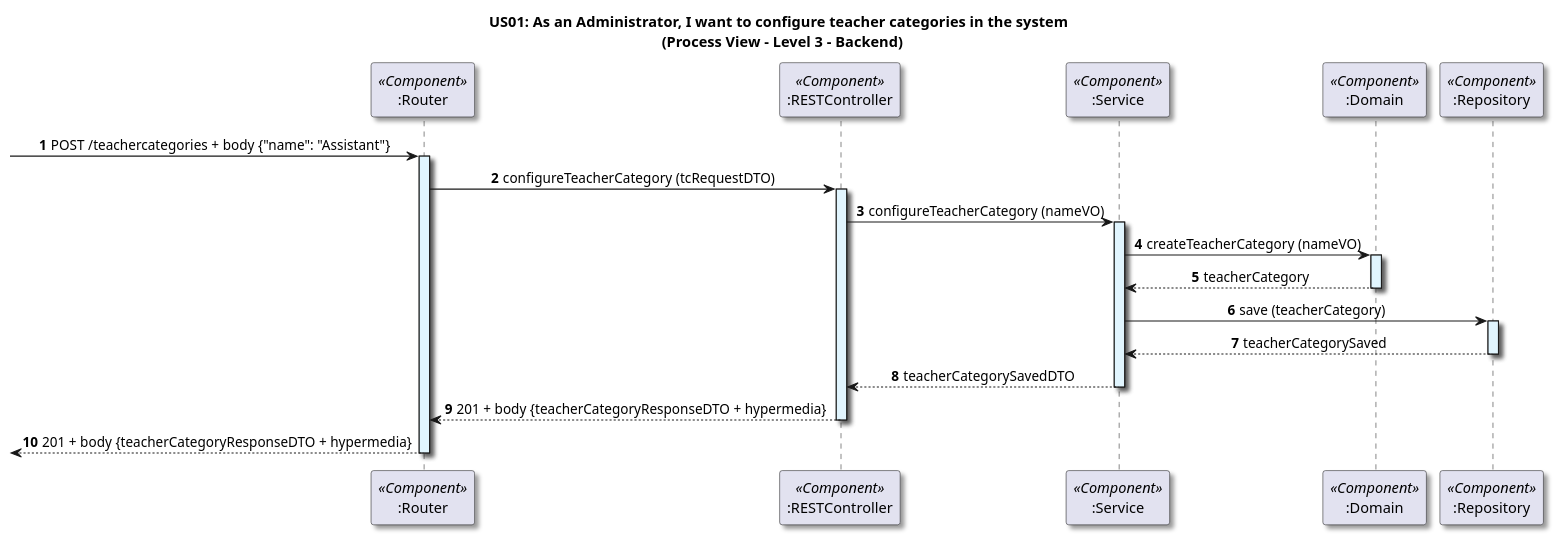
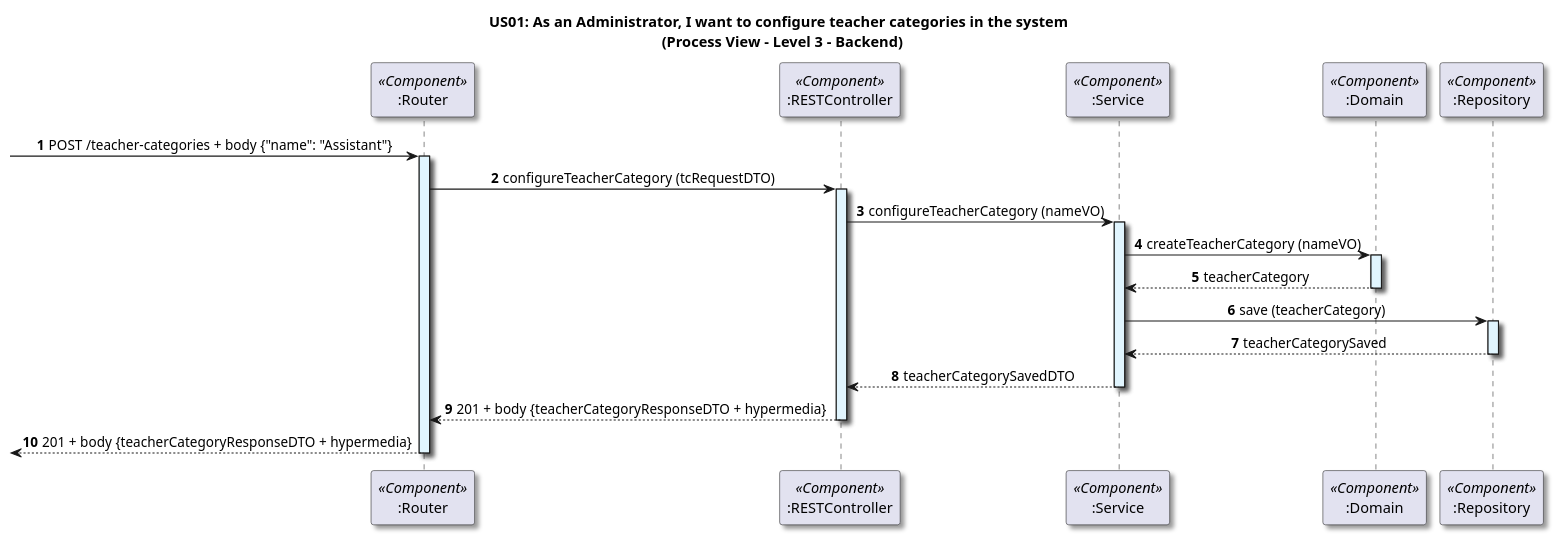
Before and after one commit to GasparISEP/DevOps-PAI: the diagram in docs/US01/Sprint6_RestAPI/ProcessView/Level3.puml, drawn with PlantUML. The commit also changed 3 other files, not shown here.

Commit message:
refactor(diagrams): update architectural diagrams for configureTeacherCategory to reflect endpoint and HATEOAS changes #675 #713

```diff
--- a/docs/US01/Sprint6_RestAPI/ProcessView/Level3.puml
+++ b/docs/US01/Sprint6_RestAPI/ProcessView/Level3.puml
@@ -1,46 +1,46 @@
 @startuml
 
 title US01: As an Administrator, I want to configure teacher categories in the system \n (Process View - Level 3 - Backend)
 
 skinparam defaultTextAlignment center
 skinparam shadowing true
 
 autonumber
 
 participant ":Router" as router <<Component>>
 participant ":RESTController" as controller <<Component>>
 participant ":Service" as service <<Component>>
 participant ":Domain" as domain <<Component>>
 participant ":Repository" as repository <<Component>>
 
--> router: POST /teachercategories + body {"name": "Assistant"}
+-> router: POST /teacher-categories + body {"name": "Assistant"}
 activate router #E1F5FE
 
 router -> controller: configureTeacherCategory (tcRequestDTO)
 activate controller #E1F5FE
 
 controller -> service: configureTeacherCategory (nameVO)
 activate service #E1F5FE
 
 service -> domain: createTeacherCategory (nameVO)
 activate domain #E1F5FE
 
 domain --> service: teacherCategory
 deactivate domain
 
 service -> repository: save (teacherCategory)
 activate repository #E1F5FE
 
 repository --> service: teacherCategorySaved
 deactivate repository
 
 service --> controller: teacherCategorySavedDTO
 deactivate service
 
 controller --> router: 201 + body {teacherCategoryResponseDTO + hypermedia}
 deactivate controller
 
 <-- router: 201 + body {teacherCategoryResponseDTO + hypermedia}
 deactivate router
 
 @enduml
```
